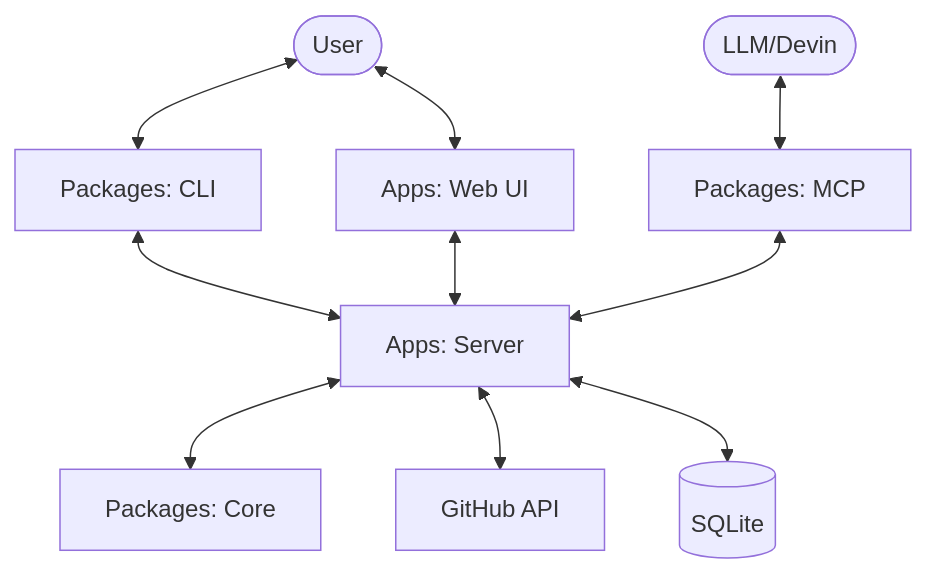
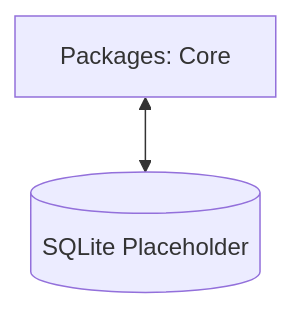
The diagram in .agent/docs/architecture/01-overview.md (LoFi-Monk/github-project-management), drawn with Mermaid before and after one commit. The commit also changed other lines of this file and 1 other file, not shown here.

````diff
--- a/.agent/docs/architecture/01-overview.md
+++ b/.agent/docs/architecture/01-overview.md
@@ -30,14 +29,4 @@
 ```mermaid
 graph TD
-    User([User]) <--> CLI[Packages: CLI]
-    User <--> Web[Apps: Web UI]
-    LLM([LLM/Devin]) <--> MCP[Packages: MCP]
-
-    CLI <--> Server[Apps: Server]
-    Web <--> Server
-    MCP <--> Server
-
-    Server <--> Core[Packages: Core]
-    Server <--> GH[GitHub API]
-    Server <--> DB[(SQLite)]
+    Core[Packages: Core] <--> DB[(SQLite Placeholder)]
 ```
````
